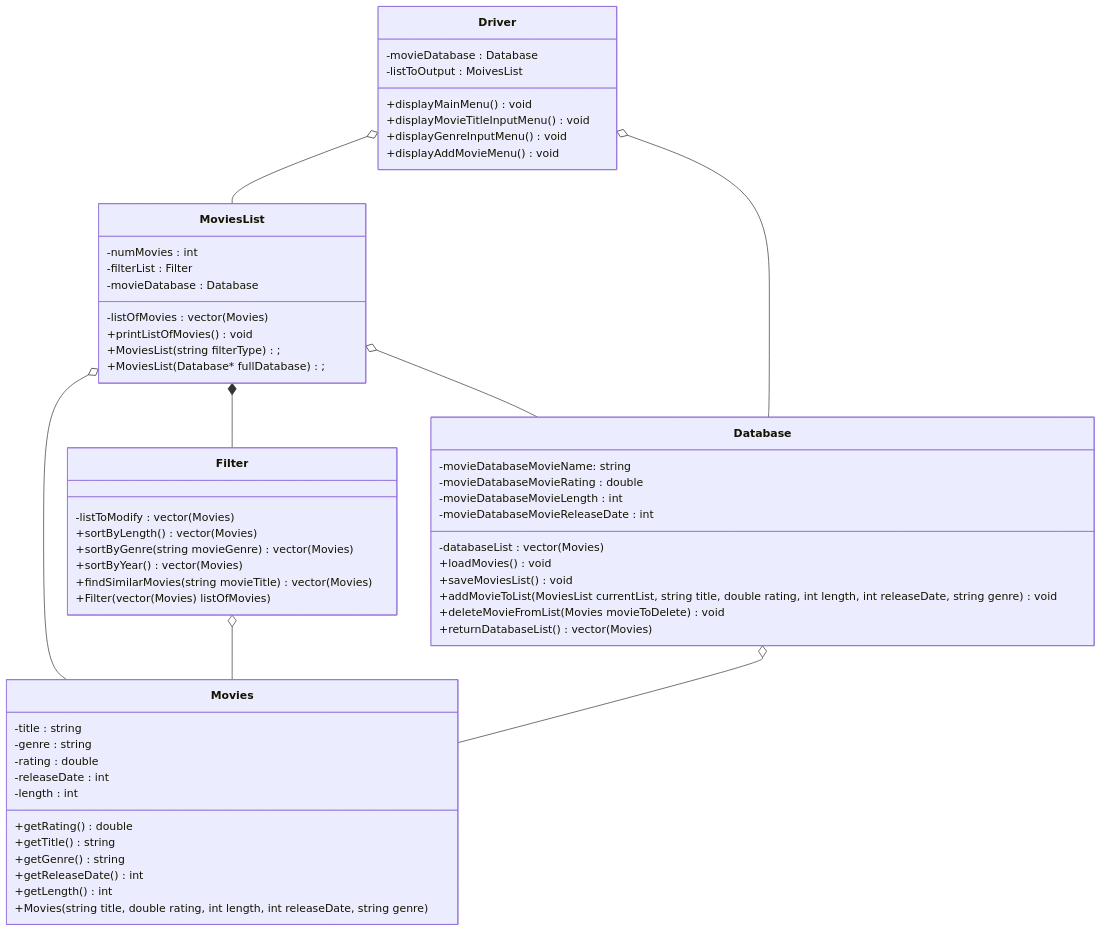
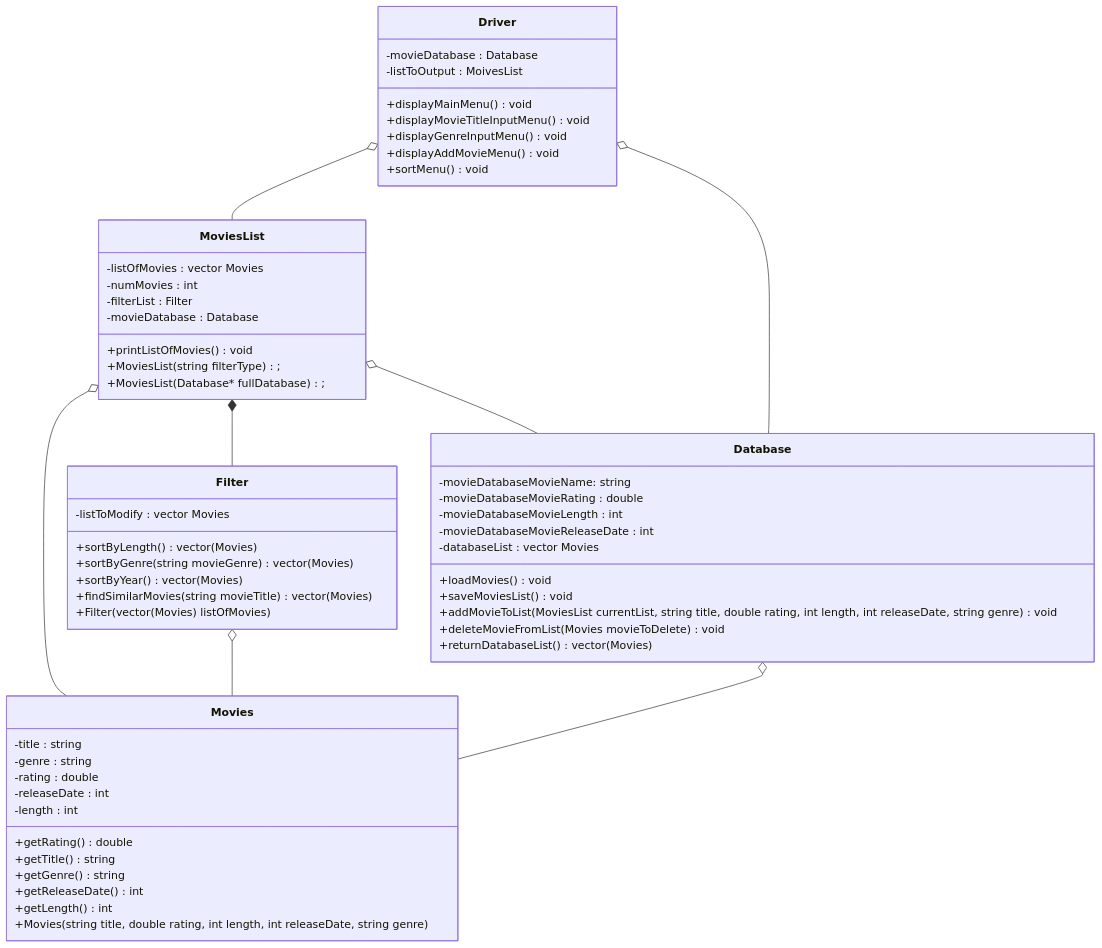
One commit to ssant096/Movie-Recommeder changed the diagram in README.md. Above: the diagram before and after it, drawn with Mermaid.

Commit message:
update uml

````diff
--- a/README.md
+++ b/README.md
@@ -19,61 +19,62 @@
 ```mermaid
  classDiagram
  MoviesList o-- Movies
  MoviesList *-- Filter
  Driver o-- MoviesList
  MoviesList o-- Database
  Driver o-- Database
  Filter o-- Movies
  Database o-- Movies
  
  class Driver{
    -movieDatabase : Database
    -listToOutput : MoivesList
    +displayMainMenu() void
    +displayMovieTitleInputMenu() void
    +displayGenreInputMenu() void
    +displayAddMovieMenu() void
+   +sortMenu() void
  }
  class Database{
    -movieDatabaseMovieName: string
    -movieDatabaseMovieRating : double
    -movieDatabaseMovieLength : int
    -movieDatabaseMovieReleaseDate : int
-   -databaseList : vector(Movies)
+   -databaseList : vector Movies
    +loadMovies() void
    +saveMoviesList() void
    +addMovieToList(MoviesList currentList, string title, double rating, int length, int releaseDate, string genre) void
    +deleteMovieFromList(Movies movieToDelete) void
    +returnDatabaseList() : vector(Movies)
  }
  class Movies{
    -title : string
    -genre : string
    -rating : double
    -releaseDate : int
    -length : int
    +getRating() double
    +getTitle() string
    +getGenre() string
    +getReleaseDate() int
    +getLength() int
    +Movies(string title, double rating, int length, int releaseDate, string genre) 
  }
  class MoviesList{
-   -listOfMovies : vector(Movies)
+   -listOfMovies : vector Movies
    -numMovies : int
    -filterList : Filter
    -movieDatabase : Database
    +printListOfMovies() void
    +MoviesList(string filterType);
    +MoviesList(Database* fullDatabase);
  }
  class Filter{
-   -listToModify : vector(Movies)
+   -listToModify : vector Movies
    +sortByLength() : vector(Movies)
    +sortByGenre(string movieGenre) : vector(Movies)
    +sortByYear() : vector(Movies)
    +findSimilarMovies(string movieTitle) : vector(Movies)
    +Filter(vector(Movies) listOfMovies)
  }
 ``` 
````
